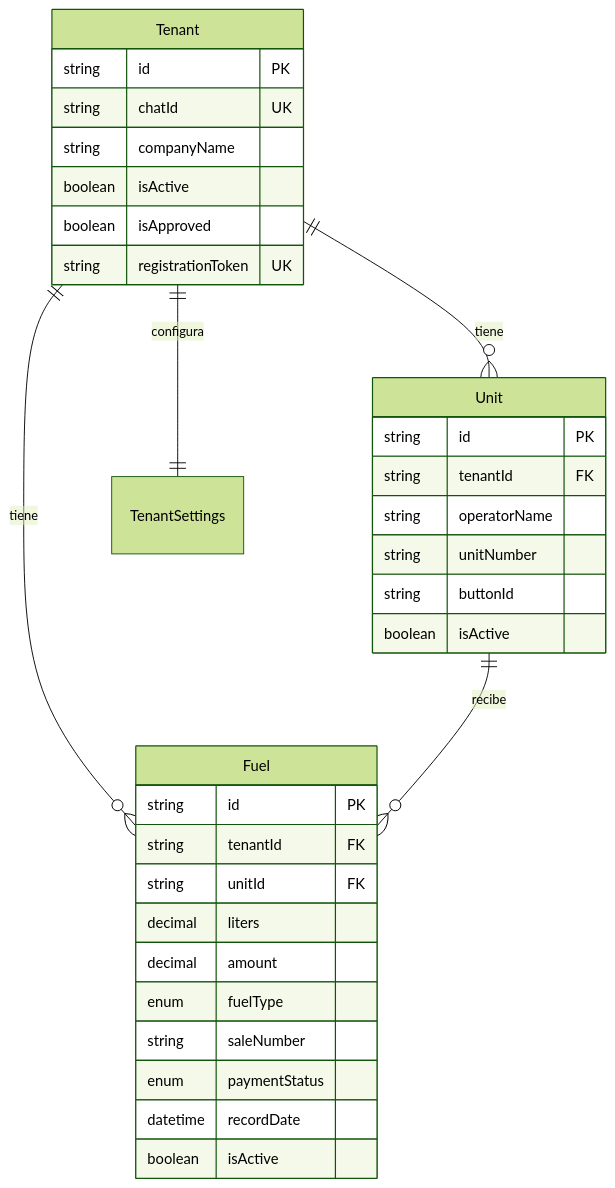
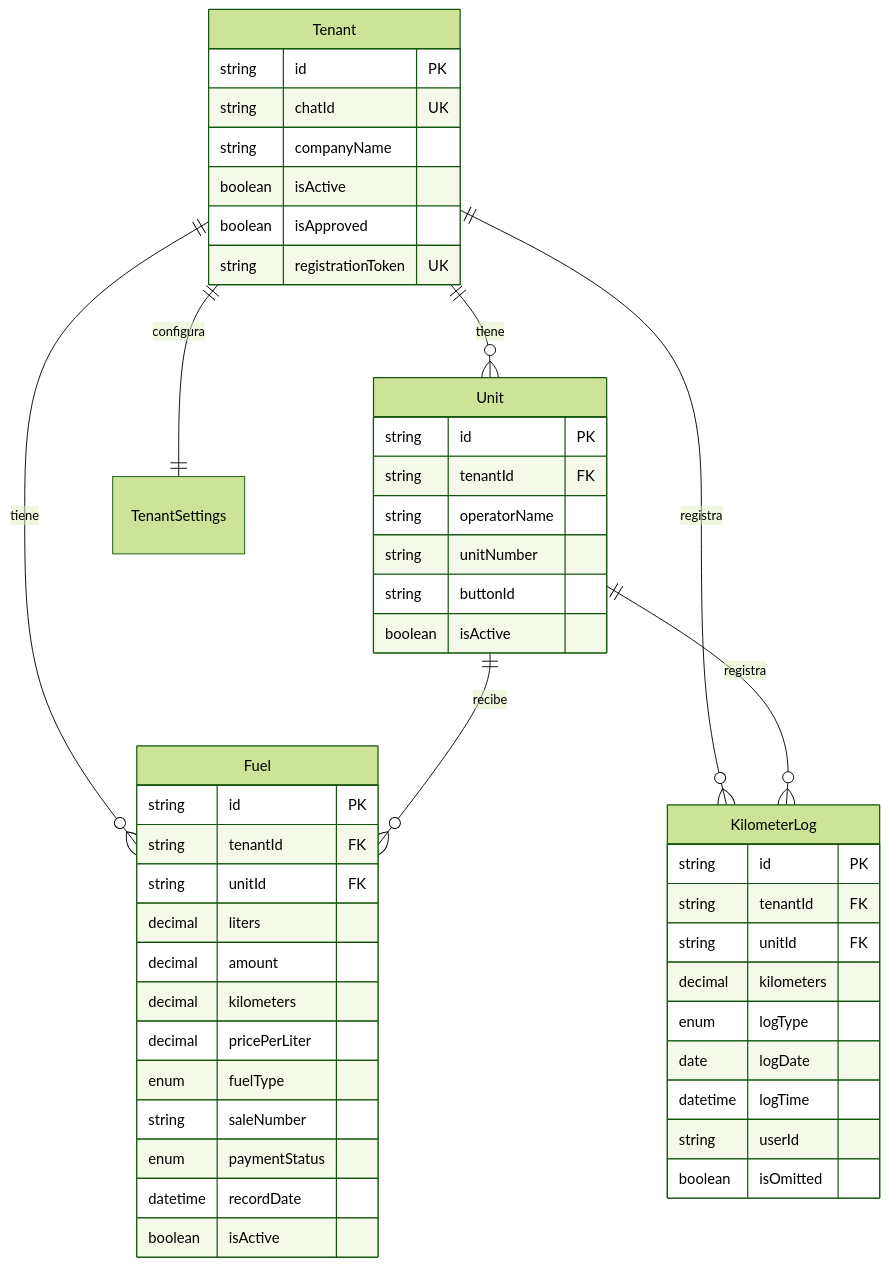
One commit to Fechomap/cargas-gas changed the diagram in README.md. Above: the diagram before and after it, drawn with Mermaid (forest theme). The commit also changed other lines of this file and 16 other files, not shown here.

````diff
--- a/README.md
+++ b/README.md
@@ -184,38 +190,54 @@
 ```mermaid
 erDiagram
     Tenant ||--o{ Unit : tiene
     Tenant ||--o{ Fuel : tiene
+    Tenant ||--o{ KilometerLog : registra
     Tenant ||--|| TenantSettings : configura
     Unit ||--o{ Fuel : recibe
+    Unit ||--o{ KilometerLog : registra
     
     Tenant {
         string id PK
         string chatId UK
         string companyName
         boolean isActive
         boolean isApproved
         string registrationToken UK
     }
     
     Unit {
         string id PK
         string tenantId FK
         string operatorName
         string unitNumber
         string buttonId
         boolean isActive
     }
     
     Fuel {
         string id PK
         string tenantId FK
         string unitId FK
         decimal liters
         decimal amount
+        decimal kilometers
+        decimal pricePerLiter
         enum fuelType
         string saleNumber
         enum paymentStatus
         datetime recordDate
         boolean isActive
     }
+    
+    KilometerLog {
+        string id PK
+        string tenantId FK
+        string unitId FK
+        decimal kilometers
+        enum logType
+        date logDate
+        datetime logTime
+        string userId
+        boolean isOmitted
+    }
 ```
````
